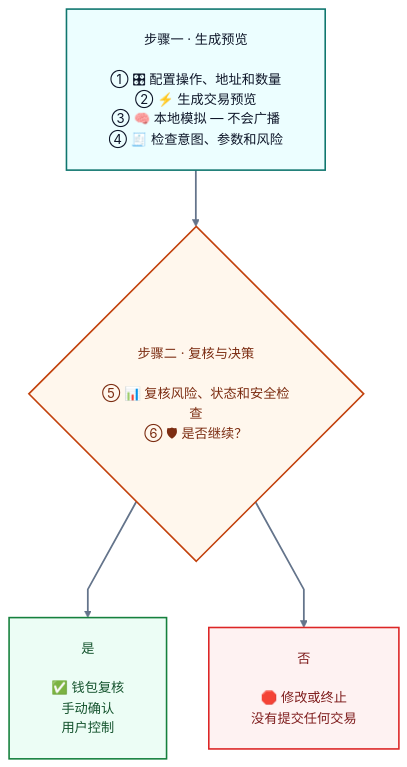
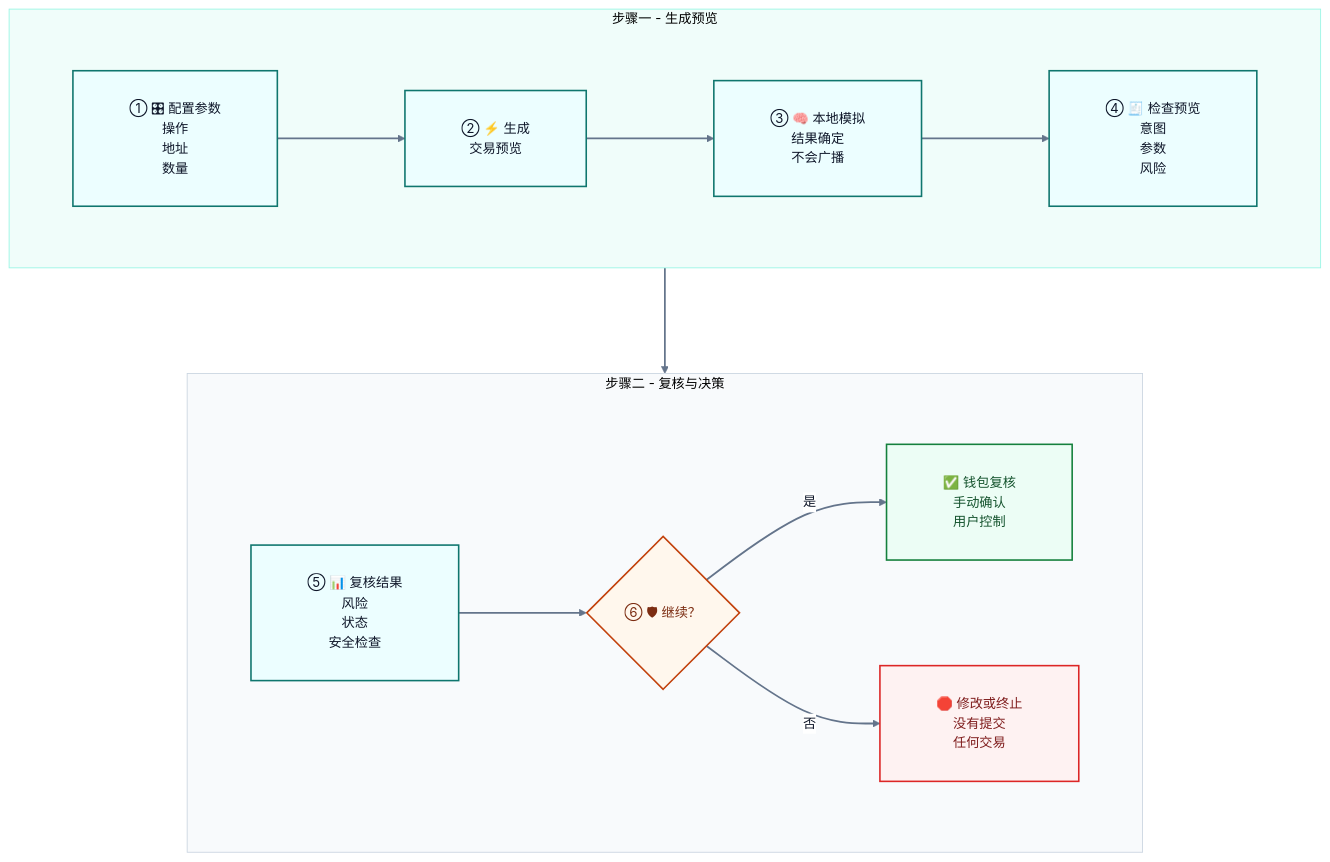
Before and after one commit to sunshineluyao/Moss-Mcp-Transaction: the fifth of 8 diagrams in README.md, drawn with Mermaid. The commit also changed other lines of this file, not shown here.

First line of the commit message:
Revert "Merge pull request #7 from sunshineluyao/codex/fix-text-visibility-in-mermaid-diagrams"

````diff
--- a/README.md
+++ b/README.md
@@ -491,22 +542,32 @@
 ```mermaid
-%%{init: {'theme':'base','flowchart': {'htmlLabels': true, 'nodeSpacing': 48, 'rankSpacing': 64, 'curve': 'linear', 'padding': 24, 'diagramPadding': 16, 'wrappingWidth': 220},'themeVariables': {'fontFamily':'Inter, Segoe UI, sans-serif','fontSize':'15px','primaryTextColor':'#0f172a','lineColor':'#64748b','clusterBkg':'#f8fafc','clusterBorder':'#cbd5e1','edgeLabelBackground':'#ffffff','primaryBorderColor':'#2563eb','primaryColor':'#eff6ff'}}}%%
+%%{init: {'theme':'base','flowchart': {'htmlLabels': true, 'nodeSpacing': 120, 'rankSpacing': 120, 'curve': 'basis', 'padding': 32, 'diagramPadding': 24, 'wrappingWidth': 260},'themeVariables': {'fontFamily':'Inter, Segoe UI, sans-serif','fontSize':'15px','primaryTextColor':'#0f172a','lineColor':'#64748b','clusterBkg':'#f8fafc','clusterBorder':'#cbd5e1','edgeLabelBackground':'#ffffff','primaryBorderColor':'#2563eb','primaryColor':'#eff6ff'}}}%%
 flowchart TB
-  Build["步骤一 · 生成预览<br/><br/>① 🎛 配置操作、地址和数量<br/>② ⚡ 生成交易预览<br/>③ 🧠 本地模拟 — 不会广播<br/>④ 🧾 检查意图、参数和风险"]
-  Decide{"步骤二 · 复核与决策<br/><br/>⑤ 📊 复核风险、状态和安全检查<br/>⑥ 🛡 是否继续？"}
-  Continue["是<br/><br/>✅ 钱包复核<br/>手动确认<br/>用户控制"]
-  Stop["否<br/><br/>🛑 修改或终止<br/>没有提交任何交易"]
+  subgraph R1[步骤一 - 生成预览]
+    direction LR
+    A["① 🎛 配置参数<br/>操作<br/>地址<br/>数量"] --> B["② ⚡ 生成<br/>交易预览"]
+    B --> C["③ 🧠 本地模拟<br/>结果确定<br/>不会广播"]
+    C --> D["④ 🧾 检查预览<br/>意图<br/>参数<br/>风险"]
+  end
 
-  Build --> Decide
-  Decide --> Continue
-  Decide --> Stop
+  subgraph R2[步骤二 - 复核与决策]
+    direction LR
+    E["⑤ 📊 复核结果<br/>风险<br/>状态<br/>安全检查"] --> F{"⑥ 🛡 继续？"}
+    F -->|是| G["✅ 钱包复核<br/>手动确认<br/>用户控制"]
+    F -->|否| H["🛑 修改或终止<br/>没有提交<br/>任何交易"]
+  end
+
+  D --> E
 
   classDef main fill:#ecfeff,stroke:#0f766e,stroke-width:1.8px,color:#0f172a;
   classDef decision fill:#fff7ed,stroke:#c2410c,stroke-width:1.8px,color:#7c2d12;
   classDef success fill:#ecfdf5,stroke:#15803d,stroke-width:1.8px,color:#14532d;
   classDef stop fill:#fef2f2,stroke:#dc2626,stroke-width:1.8px,color:#7f1d1d;
-  class Build main;
-  class Decide decision;
-  class Continue success;
-  class Stop stop;
+
+  class A,B,C,D,E main;
+  class F decision;
+  class G success;
+  class H stop;
+  style R1 fill:#f0fdfa,stroke:#99f6e4,stroke-width:1px
+  style R2 fill:#f8fafc,stroke:#cbd5e1,stroke-width:1px
   linkStyle default stroke:#64748b,stroke-width:2px;
 ```
````
